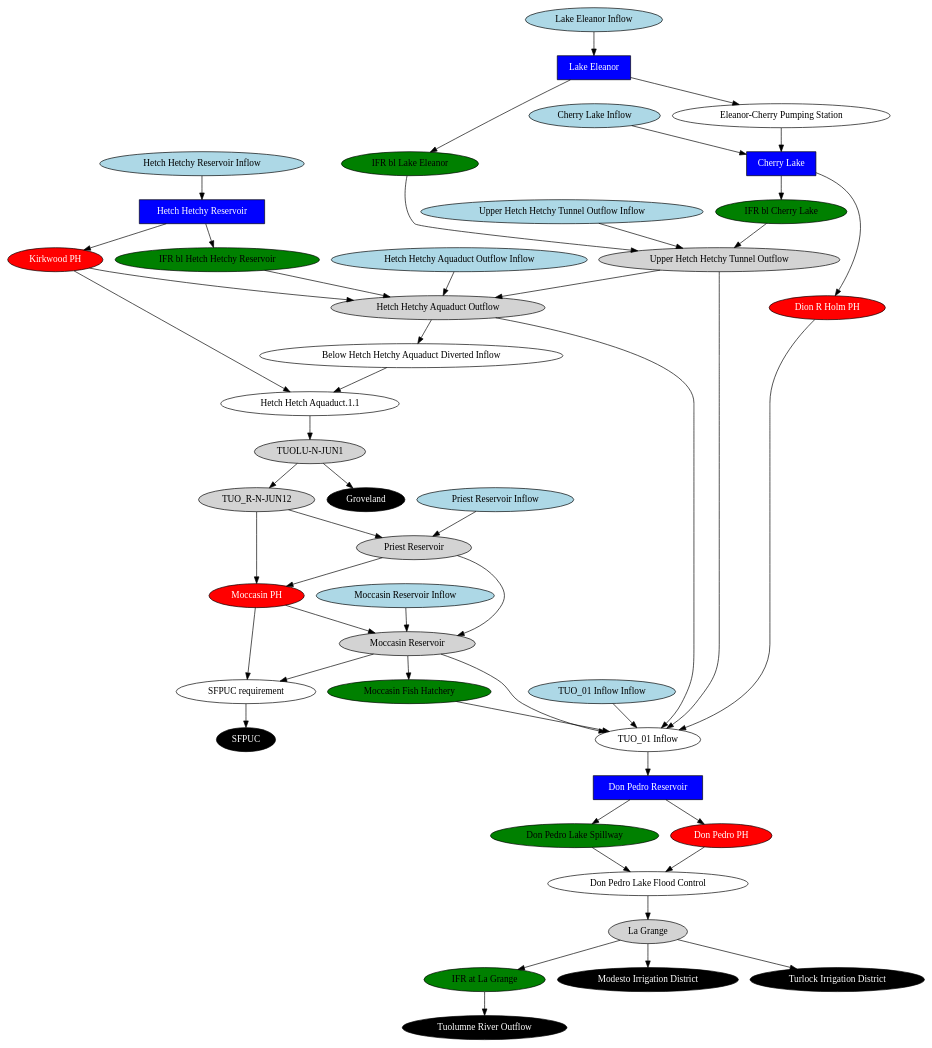
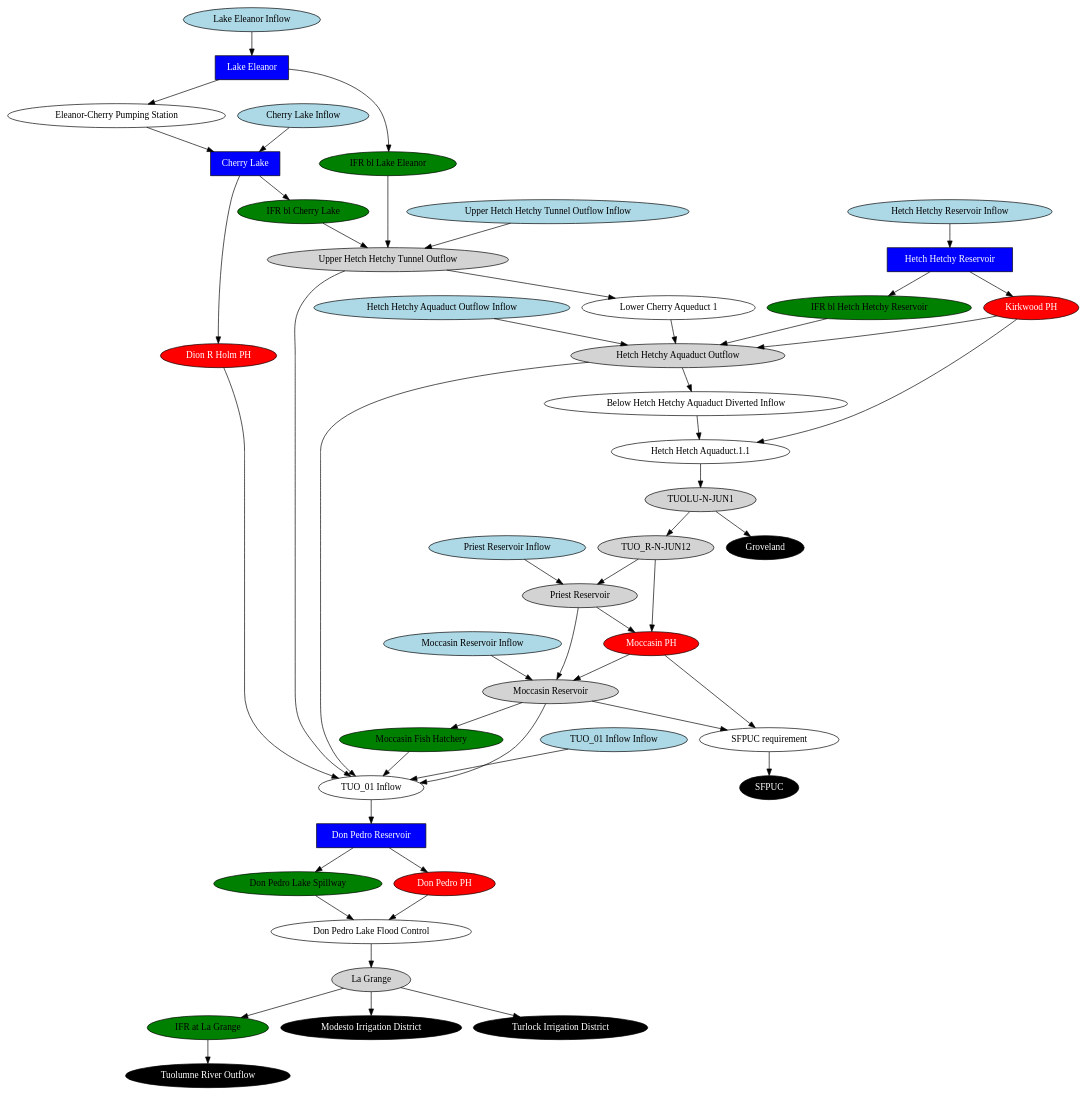
The diagram in schematics/tuolumne_schematic_simplified.gv (vicelab/cen-sierra-pywr), drawn with Graphviz before and after one commit. The commit also changed 9 other files, not shown here.

```diff
--- a/schematics/tuolumne_schematic_simplified.gv
+++ b/schematics/tuolumne_schematic_simplified.gv
@@ -1,93 +1,95 @@
 // tuolumne
 digraph tuolumne {
 	"TUO_01 Inflow Inflow" [fillcolor=lightblue fontcolor=black shape=oval style=filled]
 	"Upper Hetch Hetchy Tunnel Outflow Inflow" [fillcolor=lightblue fontcolor=black shape=oval style=filled]
 	"Cherry Lake Inflow" [fillcolor=lightblue fontcolor=black shape=oval style=filled]
 	"Lake Eleanor Inflow" [fillcolor=lightblue fontcolor=black shape=oval style=filled]
 	"Hetch Hetchy Reservoir Inflow" [fillcolor=lightblue fontcolor=black shape=oval style=filled]
 	"Moccasin Reservoir Inflow" [fillcolor=lightblue fontcolor=black shape=oval style=filled]
 	"Priest Reservoir Inflow" [fillcolor=lightblue fontcolor=black shape=oval style=filled]
 	"Hetch Hetchy Aquaduct Outflow Inflow" [fillcolor=lightblue fontcolor=black shape=oval style=filled]
 	"Below Hetch Hetchy Aquaduct Diverted Inflow" [fillcolor=white fontcolor=black shape=oval style=filled]
 	"Don Pedro Lake Flood Control" [fillcolor=white fontcolor=black shape=oval style=filled]
 	"Hetch Hetch Aquaduct.1.1" [fillcolor=white fontcolor=black shape=oval style=filled]
+	"Lower Cherry Aqueduct 1" [fillcolor=white fontcolor=black shape=oval style=filled]
 	"Cherry Lake" [fillcolor=blue fontcolor=white shape=rect style=filled]
 	"Dion R Holm PH" [fillcolor=red fontcolor=white shape=oval style=filled]
 	"Don Pedro Lake Spillway" [fillcolor=green fontcolor=black shape=oval style=filled]
 	"Don Pedro PH" [fillcolor=red fontcolor=white shape=oval style=filled]
 	"Don Pedro Reservoir" [fillcolor=blue fontcolor=white shape=rect style=filled]
 	"Eleanor-Cherry Pumping Station" [fillcolor=white fontcolor=black shape=oval style=filled]
 	Groveland [fillcolor=black fontcolor=white shape=oval style=filled]
 	"Hetch Hetchy Aquaduct Outflow" [fillcolor=lightgrey fontcolor=black shape=oval style=filled]
 	"Hetch Hetchy Reservoir" [fillcolor=blue fontcolor=white shape=rect style=filled]
 	"IFR bl Cherry Lake" [fillcolor=green fontcolor=black shape=oval style=filled]
 	"IFR at La Grange" [fillcolor=green fontcolor=black shape=oval style=filled]
 	"IFR bl Hetch Hetchy Reservoir" [fillcolor=green fontcolor=black shape=oval style=filled]
 	"IFR bl Lake Eleanor" [fillcolor=green fontcolor=black shape=oval style=filled]
 	"Moccasin Fish Hatchery" [fillcolor=green fontcolor=black shape=oval style=filled]
 	"Kirkwood PH" [fillcolor=red fontcolor=white shape=oval style=filled]
 	"La Grange" [fillcolor=lightgrey fontcolor=black shape=oval style=filled]
 	"Lake Eleanor" [fillcolor=blue fontcolor=white shape=rect style=filled]
 	"Moccasin PH" [fillcolor=red fontcolor=white shape=oval style=filled]
 	"Moccasin Reservoir" [fillcolor=lightgrey fontcolor=black shape=oval style=filled]
 	"Modesto Irrigation District" [fillcolor=black fontcolor=white shape=oval style=filled]
 	"Priest Reservoir" [fillcolor=lightgrey fontcolor=black shape=oval style=filled]
 	SFPUC [fillcolor=black fontcolor=white shape=oval style=filled]
 	"SFPUC requirement" [fillcolor=white fontcolor=black shape=oval style=filled]
 	"TUOLU-N-JUN1" [fillcolor=lightgrey fontcolor=black shape=oval style=filled]
 	"Tuolumne River Outflow" [fillcolor=black fontcolor=white shape=oval style=filled]
 	"TUO_01 Inflow" [fillcolor=white fontcolor=black shape=oval style=filled]
 	"TUO_R-N-JUN12" [fillcolor=lightgrey fontcolor=black shape=oval style=filled]
 	"Turlock Irrigation District" [fillcolor=black fontcolor=white shape=oval style=filled]
 	"Upper Hetch Hetchy Tunnel Outflow" [fillcolor=lightgrey fontcolor=black shape=oval style=filled]
 	"Hetch Hetchy Aquaduct Outflow" -> "Below Hetch Hetchy Aquaduct Diverted Inflow"
 	"Hetch Hetch Aquaduct.1.1" -> "TUOLU-N-JUN1"
+	"Upper Hetch Hetchy Tunnel Outflow" -> "Lower Cherry Aqueduct 1"
 	"SFPUC requirement" -> SFPUC
 	"Cherry Lake" -> "IFR bl Cherry Lake"
 	"Cherry Lake" -> "Dion R Holm PH"
 	"Hetch Hetchy Reservoir" -> "IFR bl Hetch Hetchy Reservoir"
 	"Lake Eleanor" -> "IFR bl Lake Eleanor"
 	"Lake Eleanor" -> "Eleanor-Cherry Pumping Station"
 	"Eleanor-Cherry Pumping Station" -> "Cherry Lake"
 	"TUO_01 Inflow Inflow" -> "TUO_01 Inflow"
 	"Hetch Hetchy Reservoir" -> "Kirkwood PH"
 	"TUOLU-N-JUN1" -> Groveland
 	"TUOLU-N-JUN1" -> "TUO_R-N-JUN12"
 	"TUO_R-N-JUN12" -> "Priest Reservoir"
 	"Kirkwood PH" -> "Hetch Hetchy Aquaduct Outflow"
 	"Moccasin Reservoir" -> "Moccasin Fish Hatchery"
 	"La Grange" -> "IFR at La Grange"
 	"Don Pedro Reservoir" -> "Don Pedro Lake Spillway"
 	"Don Pedro Reservoir" -> "Don Pedro PH"
 	"Don Pedro Lake Flood Control" -> "La Grange"
 	"TUO_01 Inflow" -> "Don Pedro Reservoir"
 	"Moccasin PH" -> "Moccasin Reservoir"
 	"Don Pedro Lake Spillway" -> "Don Pedro Lake Flood Control"
 	"Don Pedro PH" -> "Don Pedro Lake Flood Control"
 	"Upper Hetch Hetchy Tunnel Outflow Inflow" -> "Upper Hetch Hetchy Tunnel Outflow"
 	"Cherry Lake Inflow" -> "Cherry Lake"
 	"Lake Eleanor Inflow" -> "Lake Eleanor"
 	"Hetch Hetchy Reservoir Inflow" -> "Hetch Hetchy Reservoir"
 	"Moccasin Reservoir Inflow" -> "Moccasin Reservoir"
 	"Priest Reservoir" -> "Moccasin Reservoir"
 	"Priest Reservoir Inflow" -> "Priest Reservoir"
 	"Moccasin Reservoir" -> "SFPUC requirement"
 	"Moccasin PH" -> "SFPUC requirement"
 	"TUO_R-N-JUN12" -> "Moccasin PH"
 	"Priest Reservoir" -> "Moccasin PH"
 	"Below Hetch Hetchy Aquaduct Diverted Inflow" -> "Hetch Hetch Aquaduct.1.1"
 	"Kirkwood PH" -> "Hetch Hetch Aquaduct.1.1"
 	"Hetch Hetchy Aquaduct Outflow Inflow" -> "Hetch Hetchy Aquaduct Outflow"
 	"IFR bl Hetch Hetchy Reservoir" -> "Hetch Hetchy Aquaduct Outflow"
 	"IFR bl Cherry Lake" -> "Upper Hetch Hetchy Tunnel Outflow"
 	"IFR bl Lake Eleanor" -> "Upper Hetch Hetchy Tunnel Outflow"
-	"Upper Hetch Hetchy Tunnel Outflow" -> "Hetch Hetchy Aquaduct Outflow"
+	"Lower Cherry Aqueduct 1" -> "Hetch Hetchy Aquaduct Outflow"
 	"La Grange" -> "Modesto Irrigation District"
 	"La Grange" -> "Turlock Irrigation District"
 	"IFR at La Grange" -> "Tuolumne River Outflow"
 	"Moccasin Reservoir" -> "TUO_01 Inflow"
 	"Moccasin Fish Hatchery" -> "TUO_01 Inflow"
 	"Hetch Hetchy Aquaduct Outflow" -> "TUO_01 Inflow"
 	"Dion R Holm PH" -> "TUO_01 Inflow"
 	"Upper Hetch Hetchy Tunnel Outflow" -> "TUO_01 Inflow"
 }
```
